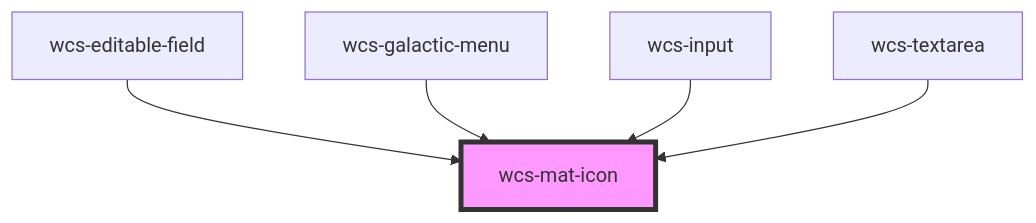
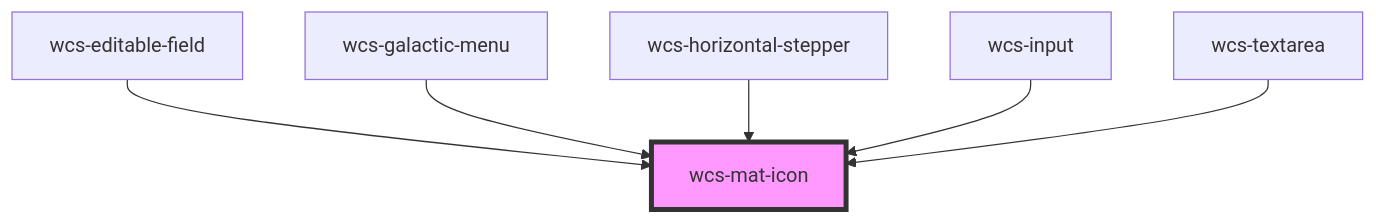
The diagram in src/components/mat-icon/readme.md (SNCFdevelopers/wcs), drawn with Mermaid before and after one commit. The commit also changed other lines of this file and 13 other files, not shown here.

Commit message:
feat(horizontal-stepper): add horizontal stepper component

````diff
--- a/src/components/mat-icon/readme.md
+++ b/src/components/mat-icon/readme.md
@@ -50,8 +51,9 @@
 ```mermaid
 graph TD;
   wcs-editable-field --> wcs-mat-icon
   wcs-galactic-menu --> wcs-mat-icon
+  wcs-horizontal-stepper --> wcs-mat-icon
   wcs-input --> wcs-mat-icon
   wcs-textarea --> wcs-mat-icon
   style wcs-mat-icon fill:#f9f,stroke:#333,stroke-width:4px
 ```
````
